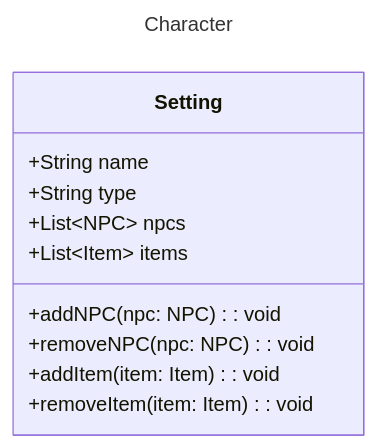
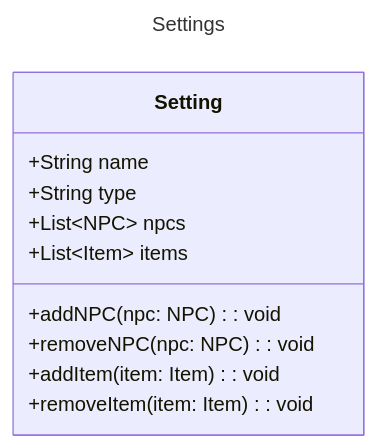
Before and after one commit to pacalso-jjc/2425-2nd-cc3-1e-rpg: the diagram in wiki/Class-Diagram-‐-Settings-Class.md, drawn with Mermaid.

````diff
--- a/wiki/Class-Diagram-‐-Settings-Class.md
+++ b/wiki/Class-Diagram-‐-Settings-Class.md
@@ -1,18 +1,18 @@
 ```mermaid
 ---
-title: Character
+title: Settings
 ---
 classDiagram
     class Setting {
         +String name
         +String type
         +List~NPC~ npcs
         +List~Item~ items
         +addNPC(npc: NPC): void
         +removeNPC(npc: NPC): void
         +addItem(item: Item): void
         +removeItem(item: Item): void
     }
 
     
 ```
````
